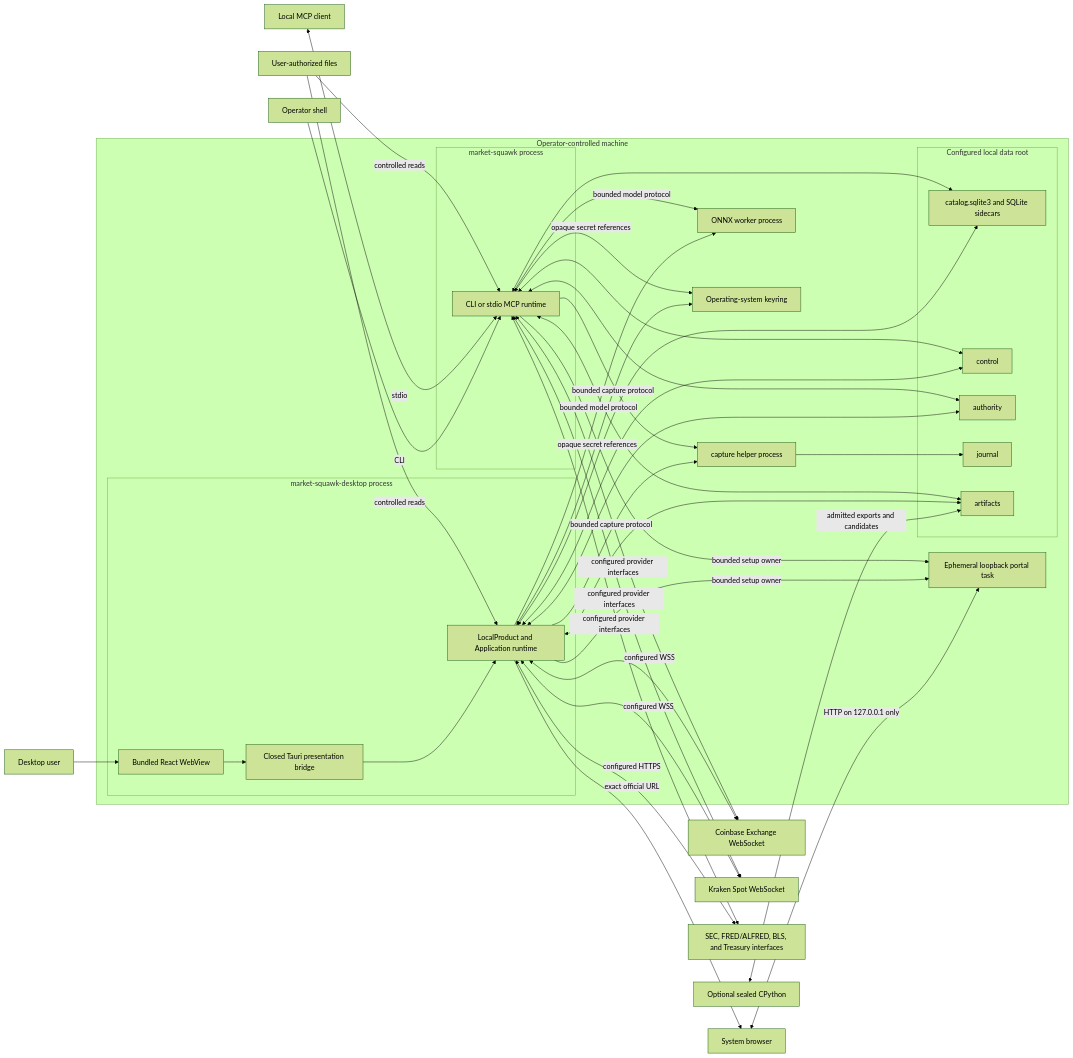
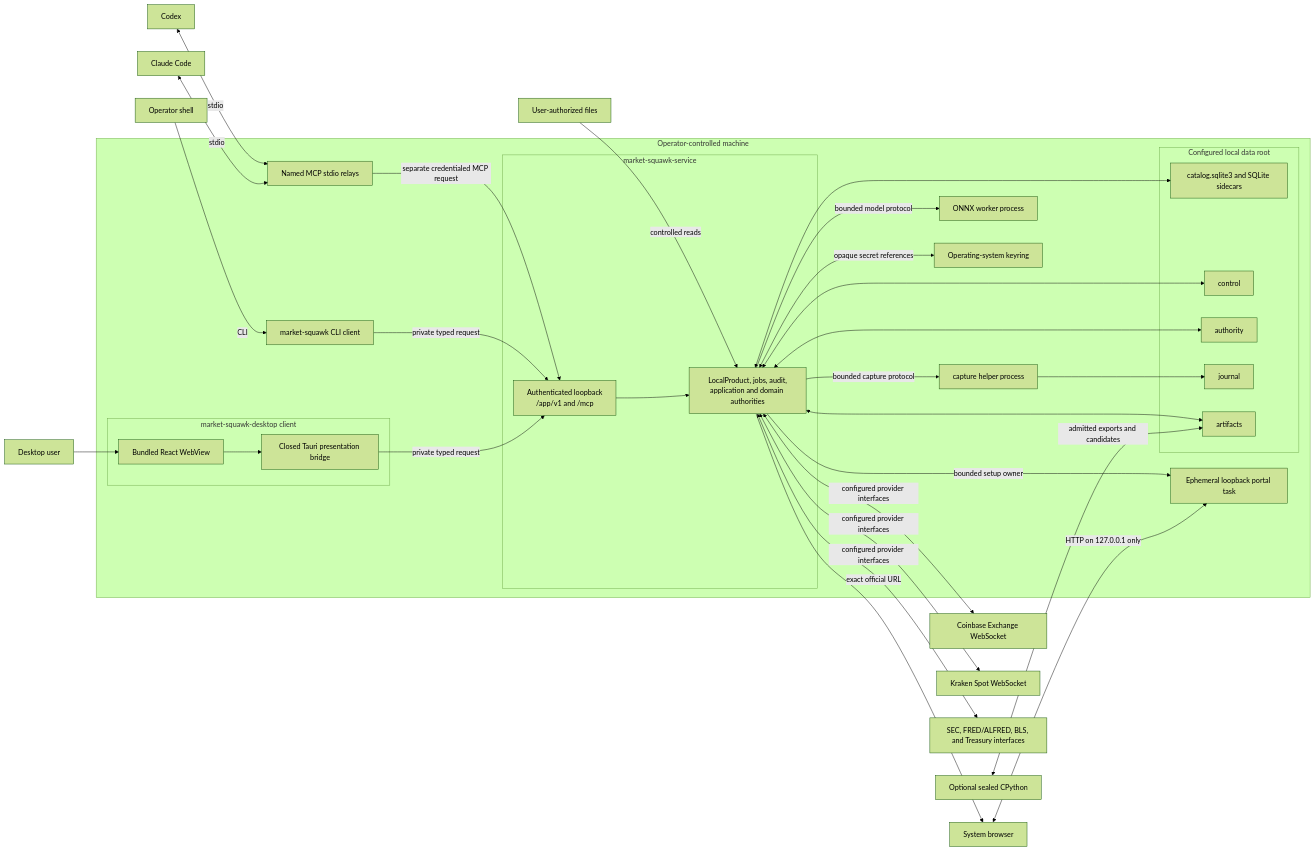
The first of 2 diagrams in docs/architecture/deployment.md (Sawmonabo/market-squawk), drawn with Mermaid (forest theme) before and after one commit. The commit also changed other lines of this file and 22 other files, not shown here.

````diff
--- a/docs/architecture/deployment.md
+++ b/docs/architecture/deployment.md
@@ -77,69 +83,65 @@
 ```mermaid
 flowchart LR
     DesktopUser["Desktop user"]
     Operator["Operator shell"]
-    McpClient["Local MCP client"]
+    Claude["Claude Code"]
+    Codex["Codex"]
     Browser["System browser"]
     Python["Optional sealed CPython"]
 
     subgraph Host["Operator-controlled machine"]
-        subgraph DesktopProcess["market-squawk-desktop process"]
+        subgraph DesktopProcess["market-squawk-desktop client"]
             WebView["Bundled React WebView"]
             Bridge["Closed Tauri presentation bridge"]
-            DesktopMain["LocalProduct and Application runtime"]
-            WebView --> Bridge --> DesktopMain
+            WebView --> Bridge
         end
-        subgraph CliProcess["market-squawk process"]
-            CliMain["CLI or stdio MCP runtime"]
+        subgraph ServiceProcess["market-squawk-service"]
+            Runtime["Authenticated loopback\n/app/v1 and /mcp"]
+            ServiceMain["LocalProduct, jobs, audit,\napplication and domain authorities"]
+            Runtime --> ServiceMain
         end
+        CliMain["market-squawk CLI client"]
+        Relays["Named MCP stdio relays"]
         Loopback["Ephemeral loopback portal task"]
         Capture["capture helper process"]
         Onnx["ONNX worker process"]
         Keyring["Operating-system keyring"]
 
         subgraph DataRoot["Configured local data root"]
             Catalog["catalog.sqlite3 and SQLite sidecars"]
             Control["control"]
             Authority["authority"]
             Journal["journal"]
             Artifacts["artifacts"]
         end
     end
 
     Coinbase["Coinbase Exchange WebSocket"]
     Kraken["Kraken Spot WebSocket"]
     Official["SEC, FRED/ALFRED, BLS, and Treasury interfaces"]
     Inputs["User-authorized files"]
 
     DesktopUser --> WebView
     Operator -->|"CLI"| CliMain
-    McpClient <-->|"stdio"| CliMain
+    Claude <-->|"stdio"| Relays
+    Codex <-->|"stdio"| Relays
+    Bridge -->|"private typed request"| Runtime
+    CliMain -->|"private typed request"| Runtime
+    Relays -->|"separate credentialed MCP request"| Runtime
     Browser <-->|"HTTP on 127.0.0.1 only"| Loopback
-    DesktopMain -->|"bounded setup owner"| Loopback
-    CliMain -->|"bounded setup owner"| Loopback
-    DesktopMain -->|"exact official URL"| Browser
+    ServiceMain -->|"bounded setup owner"| Loopback
+    ServiceMain -->|"exact official URL"| Browser
     Python <-->|"admitted exports and candidates"| Artifacts
-    DesktopMain <-->|"configured WSS"| Coinbase
-    DesktopMain <-->|"configured WSS"| Kraken
-    DesktopMain <-->|"configured HTTPS"| Official
-    CliMain <-->|"configured provider interfaces"| Coinbase
-    CliMain <-->|"configured provider interfaces"| Kraken
-    CliMain <-->|"configured provider interfaces"| Official
-    Inputs -->|"controlled reads"| DesktopMain
-    Inputs -->|"controlled reads"| CliMain
-    DesktopMain <-->|"opaque secret references"| Keyring
-    CliMain <-->|"opaque secret references"| Keyring
-    DesktopMain -->|"bounded capture protocol"| Capture
-    CliMain -->|"bounded capture protocol"| Capture
+    ServiceMain <-->|"configured provider interfaces"| Coinbase
+    ServiceMain <-->|"configured provider interfaces"| Kraken
+    ServiceMain <-->|"configured provider interfaces"| Official
+    Inputs -->|"controlled reads"| ServiceMain
+    ServiceMain <-->|"opaque secret references"| Keyring
+    ServiceMain -->|"bounded capture protocol"| Capture
     Capture --> Journal
-    DesktopMain -->|"bounded model protocol"| Onnx
-    CliMain -->|"bounded model protocol"| Onnx
-    DesktopMain <--> Catalog
-    DesktopMain <--> Control
-    DesktopMain <--> Authority
-    DesktopMain <--> Artifacts
-    CliMain <--> Catalog
-    CliMain <--> Control
-    CliMain <--> Authority
-    CliMain <--> Artifacts
+    ServiceMain -->|"bounded model protocol"| Onnx
+    ServiceMain <--> Catalog
+    ServiceMain <--> Control
+    ServiceMain <--> Authority
+    ServiceMain <--> Artifacts
 ```
````
